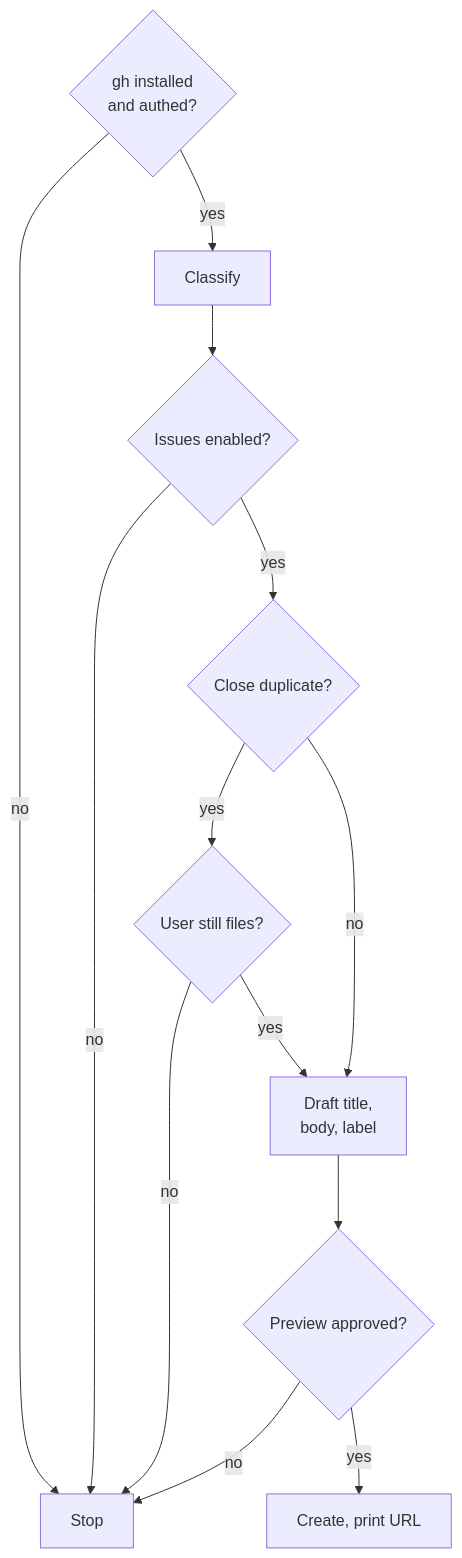
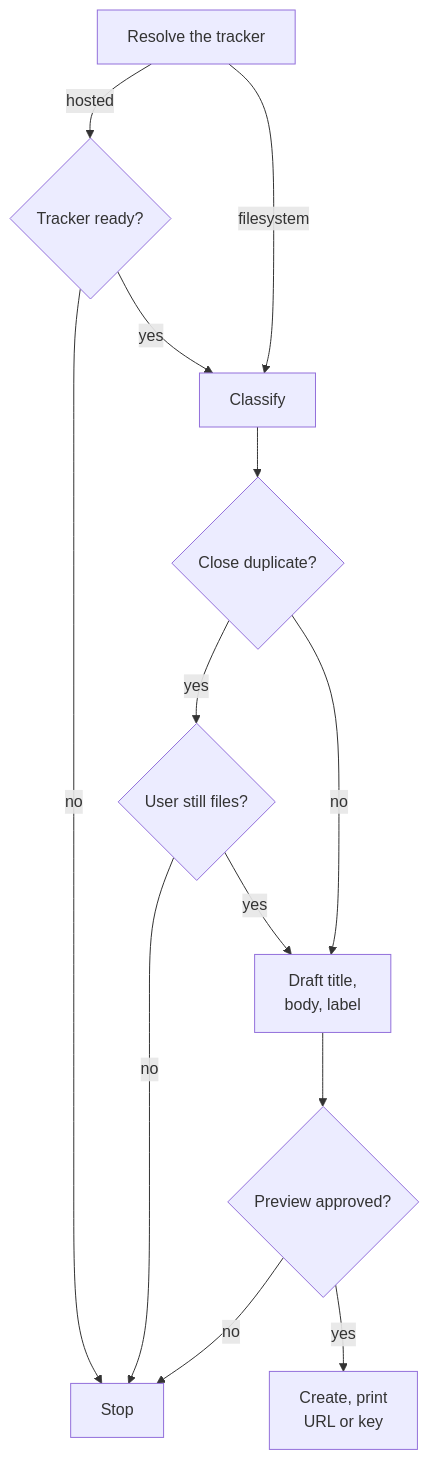
The diagram in context/commands/report-issue.md (damusix/atomic-claude), drawn with Mermaid before and after one commit. The commit also changed other lines of this file and 795 other files, not shown here.

````diff
--- a/context/commands/report-issue.md
+++ b/context/commands/report-issue.md
@@ -11,15 +11,15 @@
 ```mermaid
 flowchart TD
-    G{"gh installed<br/>and authed?"} -->|no| S["Stop"]
+    R["Resolve the tracker"] -->|hosted| G{"Tracker ready?"}
+    R -->|filesystem| K
+    G -->|no| S["Stop"]
     G -->|yes| K["Classify"]
-    K --> I{"Issues enabled?"}
-    I -->|no| S
-    I -->|yes| D{"Close duplicate?"}
+    K --> D{"Close duplicate?"}
     D -->|yes| A{"User still files?"}
     D -->|no| F["Draft title,<br/>body, label"]
     A -->|no| S
     A -->|yes| F
     F --> P{"Preview approved?"}
     P -->|no| S
-    P -->|yes| C["Create, print URL"]
+    P -->|yes| C["Create, print<br/>URL or key"]
 ```
````
